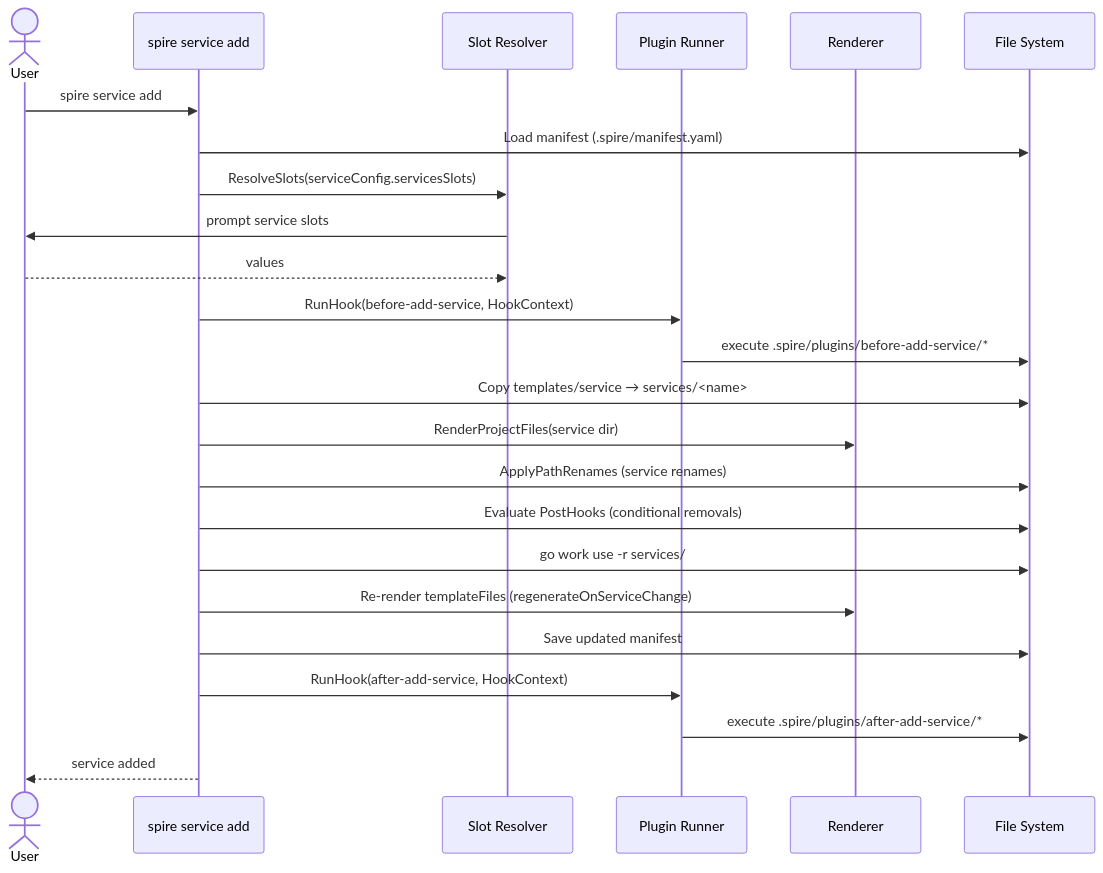
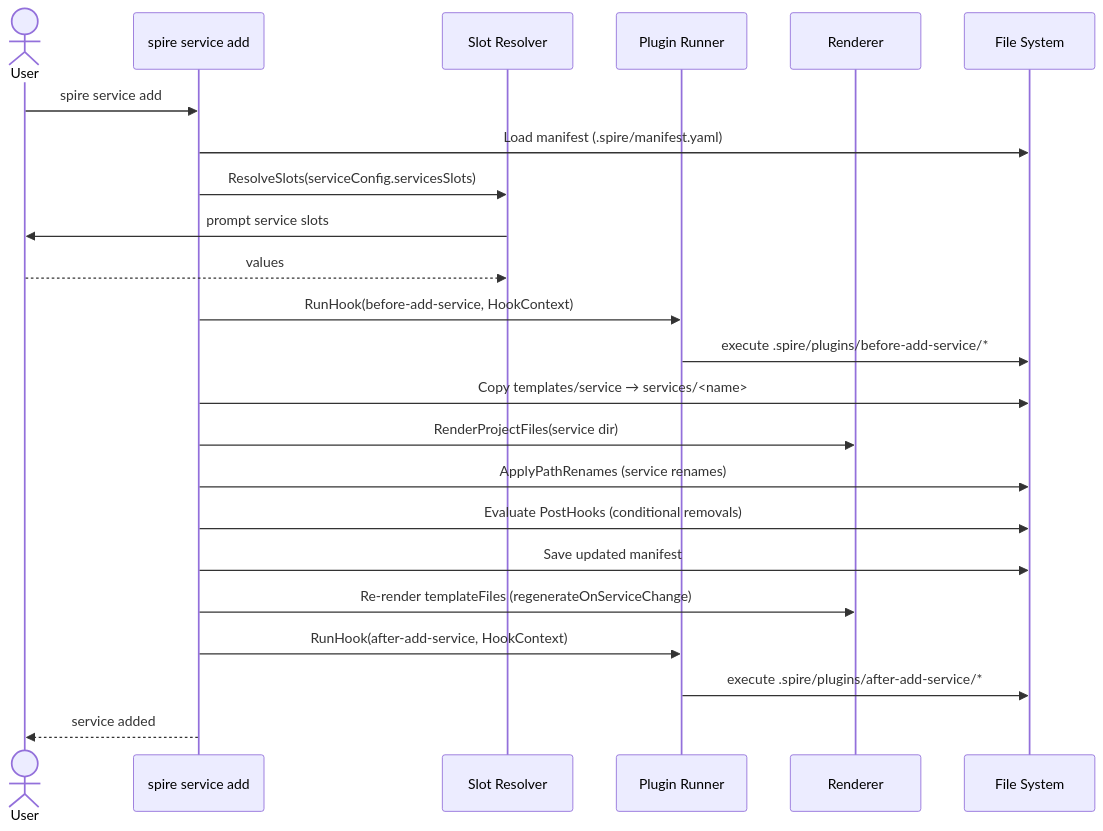
The third of 11 diagrams in docs/architecture.md (schaemi85/spire), drawn with Mermaid before and after one commit. The commit also changed other lines of this file and 9 other files, not shown here.

````diff
--- a/docs/architecture.md
+++ b/docs/architecture.md
@@ -129,31 +129,30 @@
 ```mermaid
 sequenceDiagram
     actor User
     participant CLI as spire service add
     participant Slots as Slot Resolver
     participant Plugins as Plugin Runner
     participant Renderer
     participant FS as File System
 
     User->>CLI: spire service add
     CLI->>FS: Load manifest (.spire/manifest.yaml)
     CLI->>Slots: ResolveSlots(serviceConfig.servicesSlots)
     Slots->>User: prompt service slots
     User-->>Slots: values
 
     CLI->>Plugins: RunHook(before-add-service, HookContext)
     Plugins->>FS: execute .spire/plugins/before-add-service/*
 
     CLI->>FS: Copy templates/service → services/<name>
     CLI->>Renderer: RenderProjectFiles(service dir)
     CLI->>FS: ApplyPathRenames (service renames)
     CLI->>FS: Evaluate PostHooks (conditional removals)
-    CLI->>FS: go work use -r services/
+    CLI->>FS: Save updated manifest
     CLI->>Renderer: Re-render templateFiles (regenerateOnServiceChange)
-    CLI->>FS: Save updated manifest
 
     CLI->>Plugins: RunHook(after-add-service, HookContext)
     Plugins->>FS: execute .spire/plugins/after-add-service/*
 
     CLI-->>User: service added
 ```
````
